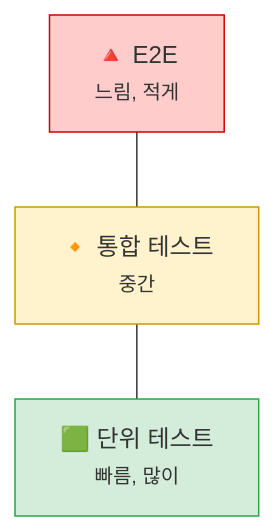
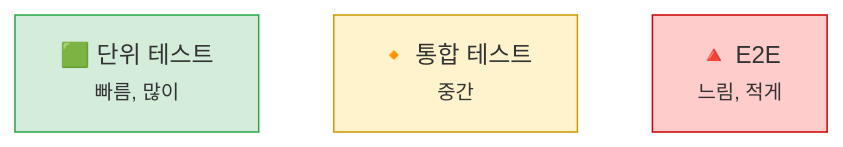
The first of 3 diagrams in content/posts/2024-08-10-testcontainers-integration-test-strategy.md (Gyeom/dev-notes), drawn with Mermaid before and after one commit. The commit also changed other lines of this file and 1 other file, not shown here.

Commit message:
Update: DLQ 포스트 제목/본문 수정 (PostgreSQL → DB 기반), testcontainers Mermaid 레이아웃 개선

````diff
--- a/content/posts/2024-08-10-testcontainers-integration-test-strategy.md
+++ b/content/posts/2024-08-10-testcontainers-integration-test-strategy.md
@@ -650,12 +650,8 @@
 ```mermaid
-flowchart TB
-    E2E["🔺 E2E<br/><small>느림, 적게</small>"]
-    Integration["🔸 통합 테스트<br/><small>중간</small>"]
-    Unit["🟩 단위 테스트<br/><small>빠름, 많이</small>"]
-
-    E2E --- Integration --- Unit
+flowchart LR
+    Unit["🟩 단위 테스트<br/><small>빠름, 많이</small>"] ~~~ Integration["🔸 통합 테스트<br/><small>중간</small>"] ~~~ E2E["🔺 E2E<br/><small>느림, 적게</small>"]
 
     style E2E fill:#ffcccc,stroke:#cc0000
     style Integration fill:#fff3cd,stroke:#cc9900
     style Unit fill:#d4edda,stroke:#28a745
 ```
````
